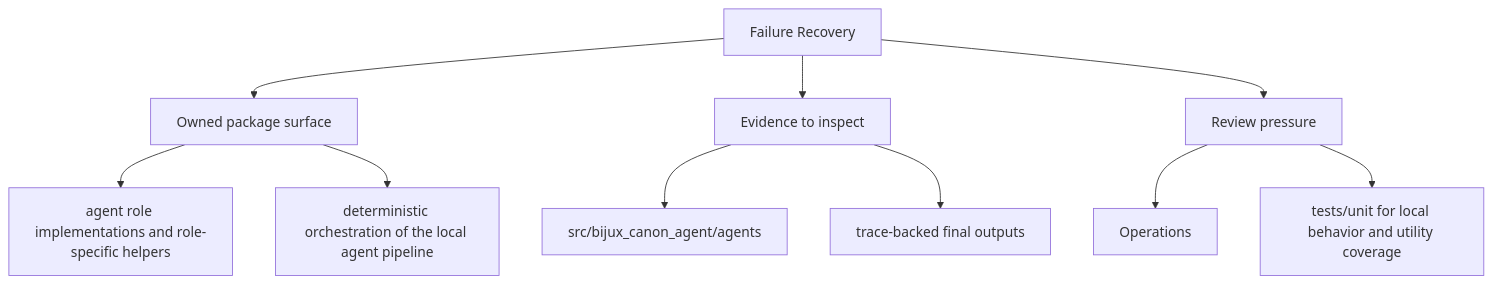
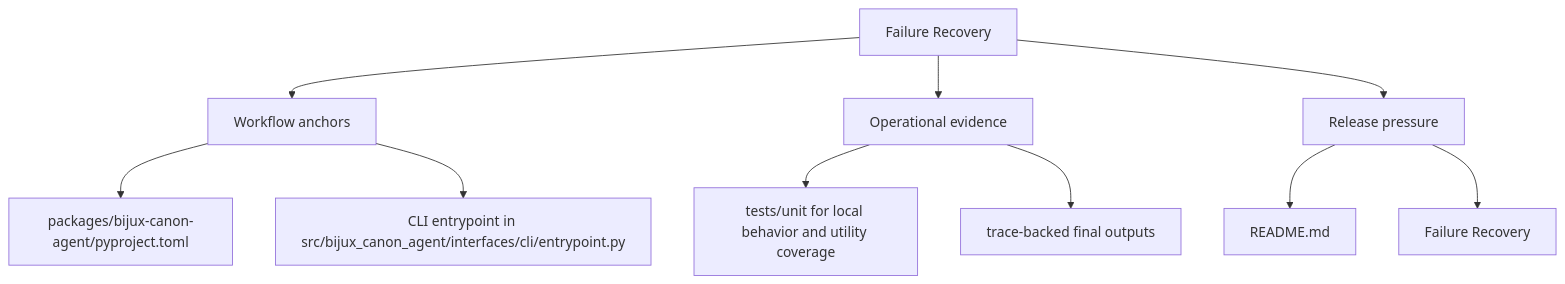
The second of 2 diagrams in docs/bijux-canon-agent/operations/failure-recovery.md (bijux/bijux-canon), drawn with Mermaid before and after one commit. The commit also changed other lines of this file and 250 other files, not shown here.

Commit message:
docs(diagrams): make product page maps more readable

````diff
--- a/docs/bijux-canon-agent/operations/failure-recovery.md
+++ b/docs/bijux-canon-agent/operations/failure-recovery.md
@@ -34,22 +34,22 @@
 ```mermaid
 flowchart TD
     page["Failure Recovery"]
-    focus1["Owned package surface"]
+    focus1["Workflow anchors"]
     page --> focus1
-    focus1_1["agent role implementations and role-specific helpers"]
+    focus1_1["packages/bijux-canon-agent/pyproject.toml"]
     focus1 --> focus1_1
-    focus1_2["deterministic orchestration of the local agent pipeline"]
+    focus1_2["CLI entrypoint in src/bijux_canon_agent/interfaces/cli/entrypoint.py"]
     focus1 --> focus1_2
-    focus2["Evidence to inspect"]
+    focus2["Operational evidence"]
     page --> focus2
-    focus2_1["src/bijux_canon_agent/agents"]
+    focus2_1["tests/unit for local behavior and utility coverage"]
     focus2 --> focus2_1
     focus2_2["trace-backed final outputs"]
     focus2 --> focus2_2
-    focus3["Review pressure"]
+    focus3["Release pressure"]
     page --> focus3
-    focus3_1["Operations"]
+    focus3_1["README.md"]
     focus3 --> focus3_1
-    focus3_2["tests/unit for local behavior and utility coverage"]
+    focus3_2["Failure Recovery"]
     focus3 --> focus3_2
 ```
````
